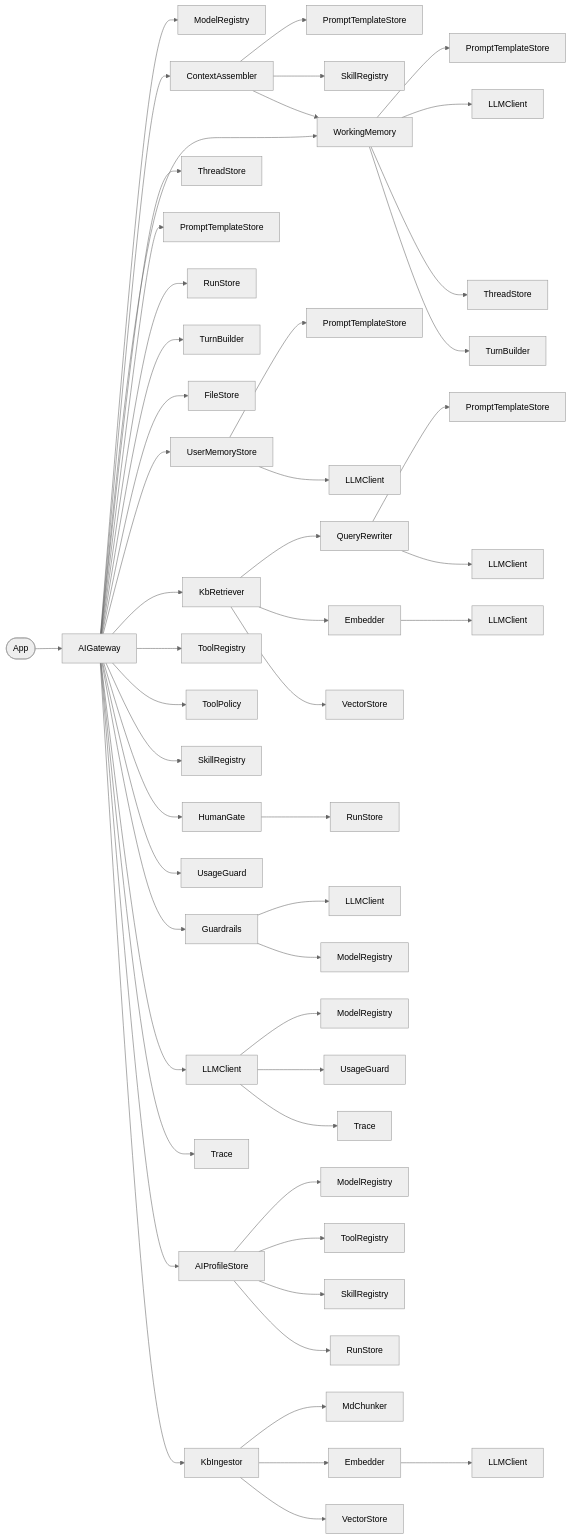
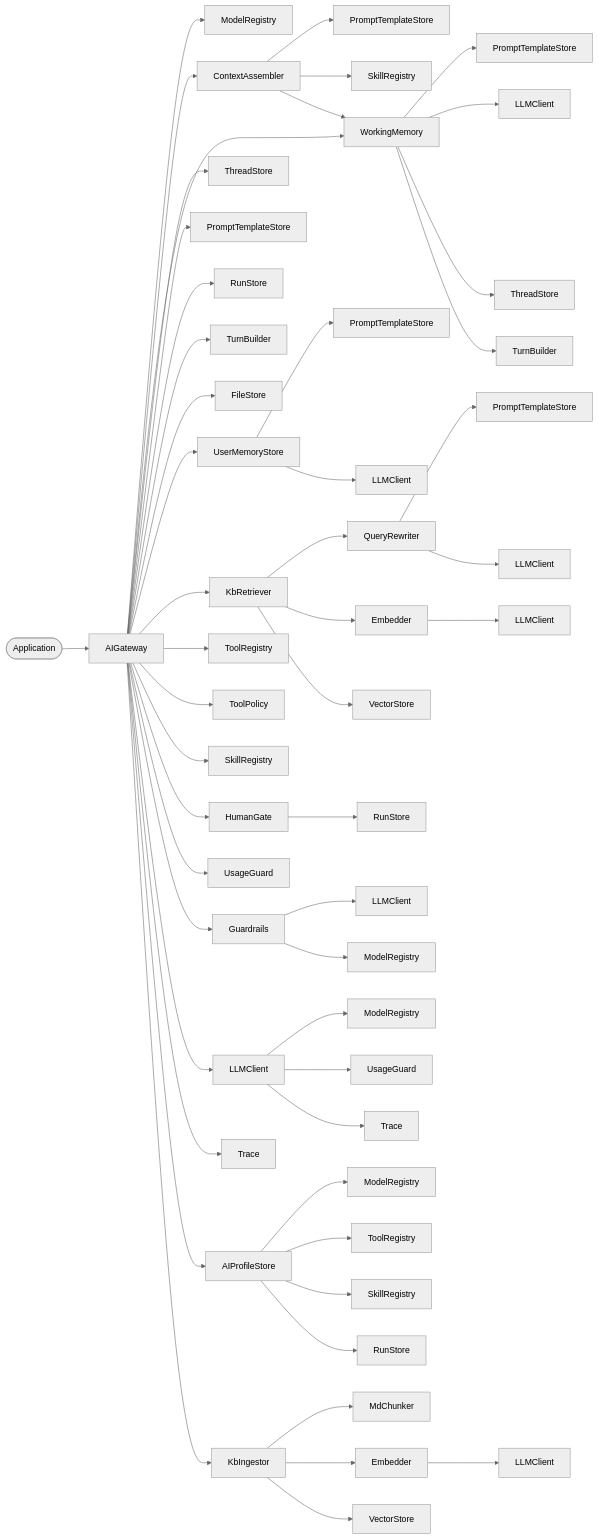
Before and after one commit to aneldev/dyna-ai-gateway: the first of 3 diagrams in docs/60-architecture/10-architecture-and-trade-offs.md, drawn with Mermaid (neutral theme). The commit also changed other lines of this file and 4 other files, not shown here.

First line of the commit message:
DAIG-40113 (feat: Architecture docs) dev: Architecture pages say "application", never "host" or "app"

````diff
--- a/docs/60-architecture/10-architecture-and-trade-offs.md
+++ b/docs/60-architecture/10-architecture-and-trade-offs.md
@@ -63,55 +63,55 @@
 ```mermaid
 flowchart LR
-  App([App]) --> GW[AIGateway]
+  App([Application]) --> GW[AIGateway]
 
   GW --> MR[ModelRegistry]
   GW --> PS[AIProfileStore]
   GW --> CA[ContextAssembler]
   CA --> PT1[PromptTemplateStore]
   CA --> SR1[SkillRegistry]
   CA --> WM[WorkingMemory]
   GW --> TS[ThreadStore]
   GW --> PT0[PromptTemplateStore]
   GW --> RS0[RunStore]
   GW --> TB[TurnBuilder]
   GW --> FS[FileStore]
   GW --> WM
   WM --> PT2[PromptTemplateStore]
   WM --> DR2[LLMClient]
   WM --> TS2[ThreadStore]
   WM --> TB3[TurnBuilder]
   GW --> UM[UserMemoryStore]
   UM --> PT3[PromptTemplateStore]
   UM --> DR3[LLMClient]
   GW --> KR[KbRetriever]
   KR --> QR[QueryRewriter]
   QR --> PT4[PromptTemplateStore]
   QR --> DR4[LLMClient]
   KR --> EM[Embedder]
   EM --> DR5[LLMClient]
   KR --> VS[VectorStore]
   GW --> TR[ToolRegistry]
   GW --> TP[ToolPolicy]
   GW --> SR[SkillRegistry]
   GW --> HG[HumanGate]
   HG --> RS[RunStore]
   GW --> UG0[UsageGuard]
   GW --> GR[Guardrails]
   GR --> DR6[LLMClient]
   GR --> MR4[ModelRegistry]
   GW --> DR[LLMClient]
   DR --> MR2[ModelRegistry]
   DR --> UG[UsageGuard]
   DR --> TRC2[Trace]
   GW --> TRC[Trace]
   PS --> MR3[ModelRegistry]
   PS --> TR3[ToolRegistry]
   PS --> SR2[SkillRegistry]
   PS --> RS3[RunStore]
   GW --> KI
 
   KI[KbIngestor] --> MC[MdChunker]
   KI --> EM2[Embedder]
   EM2 --> DR7[LLMClient]
   KI --> VS2[VectorStore]
 ```
````
